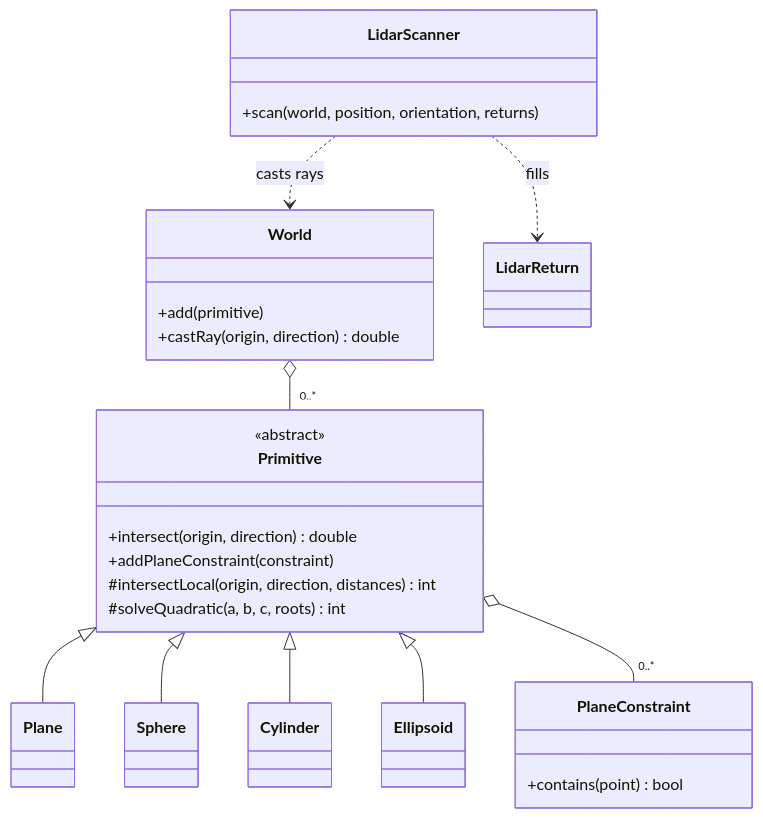
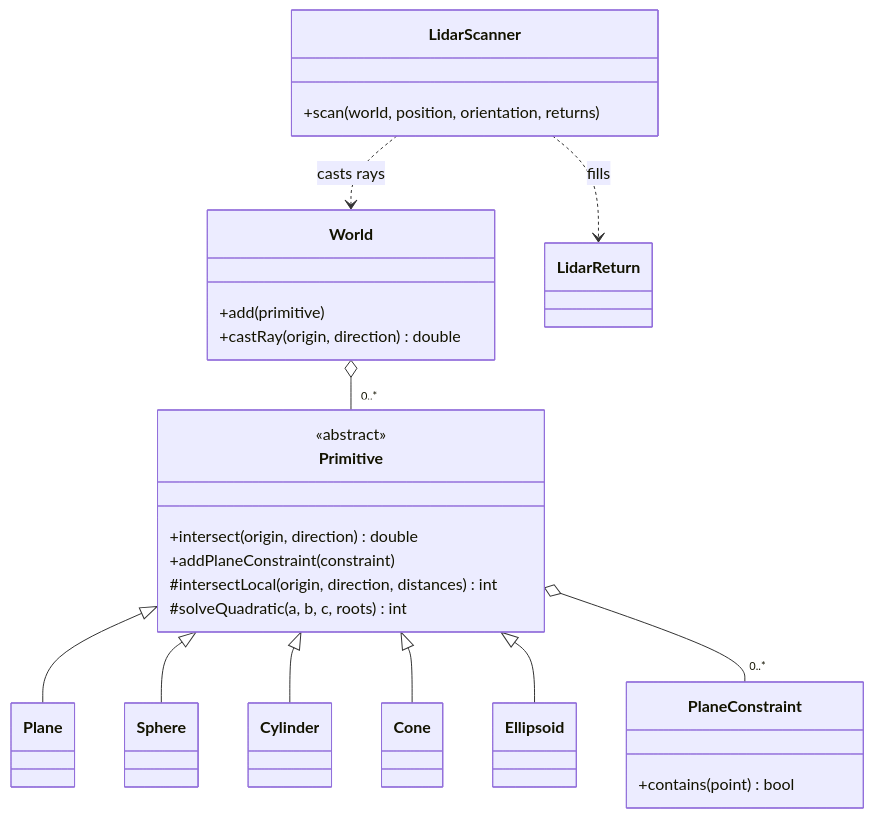
Before and after one commit to adrianomcr/lidar_sim: the second of 4 diagrams in docs/architecture.md, drawn with Mermaid. The commit also changed other lines of this file and 14 other files, not shown here.

Commit message:
adding cone primitive

````diff
--- a/docs/architecture.md
+++ b/docs/architecture.md
@@ -64,29 +64,30 @@
 ```mermaid
 classDiagram
   class Primitive {
     <<abstract>>
     +intersect(origin, direction) double
     +addPlaneConstraint(constraint)
     #intersectLocal(origin, direction, distances) int
     #solveQuadratic(a, b, c, roots) int
   }
   class PlaneConstraint {
     +contains(point) bool
   }
   class World {
     +add(primitive)
     +castRay(origin, direction) double
   }
   class LidarScanner {
     +scan(world, position, orientation, returns)
   }
   class LidarReturn
   Primitive <|-- Plane
   Primitive <|-- Sphere
   Primitive <|-- Cylinder
+  Primitive <|-- Cone
   Primitive <|-- Ellipsoid
   Primitive o-- "0..*" PlaneConstraint
   World o-- "0..*" Primitive
   LidarScanner ..> World : casts rays
   LidarScanner ..> LidarReturn : fills
 ```
````
